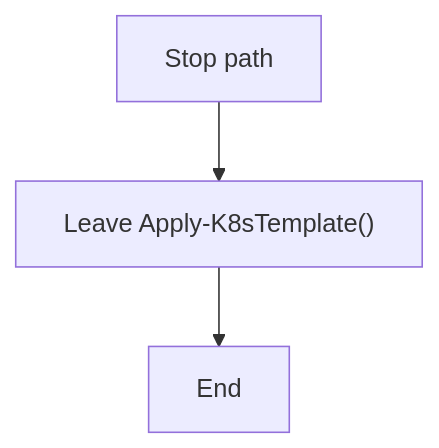
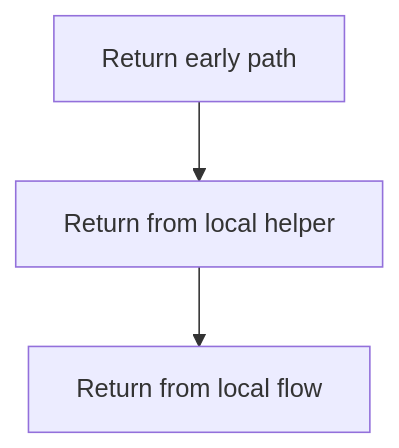
Before and after one commit to JohnAndrewBalbarosa/NeoTerritory: the sixth of 6 diagrams in docs/Codebase/Infrastructure/session-orchestration/bootstrap_and_deploy/bootstrap_and_deploy_program_flow_02.ps1.md, drawn with Mermaid. The commit also changed other lines of this file and 915 other files, not shown here.

````diff
--- a/docs/Codebase/Infrastructure/session-orchestration/bootstrap_and_deploy/bootstrap_and_deploy_program_flow_02.ps1.md
+++ b/docs/Codebase/Infrastructure/session-orchestration/bootstrap_and_deploy/bootstrap_and_deploy_program_flow_02.ps1.md
@@ -127,8 +127,8 @@
 ```mermaid
 flowchart TD
-    N0["Stop path"]
-    N1["Leave Apply-K8sTemplate()"]
-    N2["End"]
+    N0["Return early path"]
+    N1["Return from local helper"]
+    N2["Return from local flow"]
     N0 --> N1
     N1 --> N2
 ```
````
